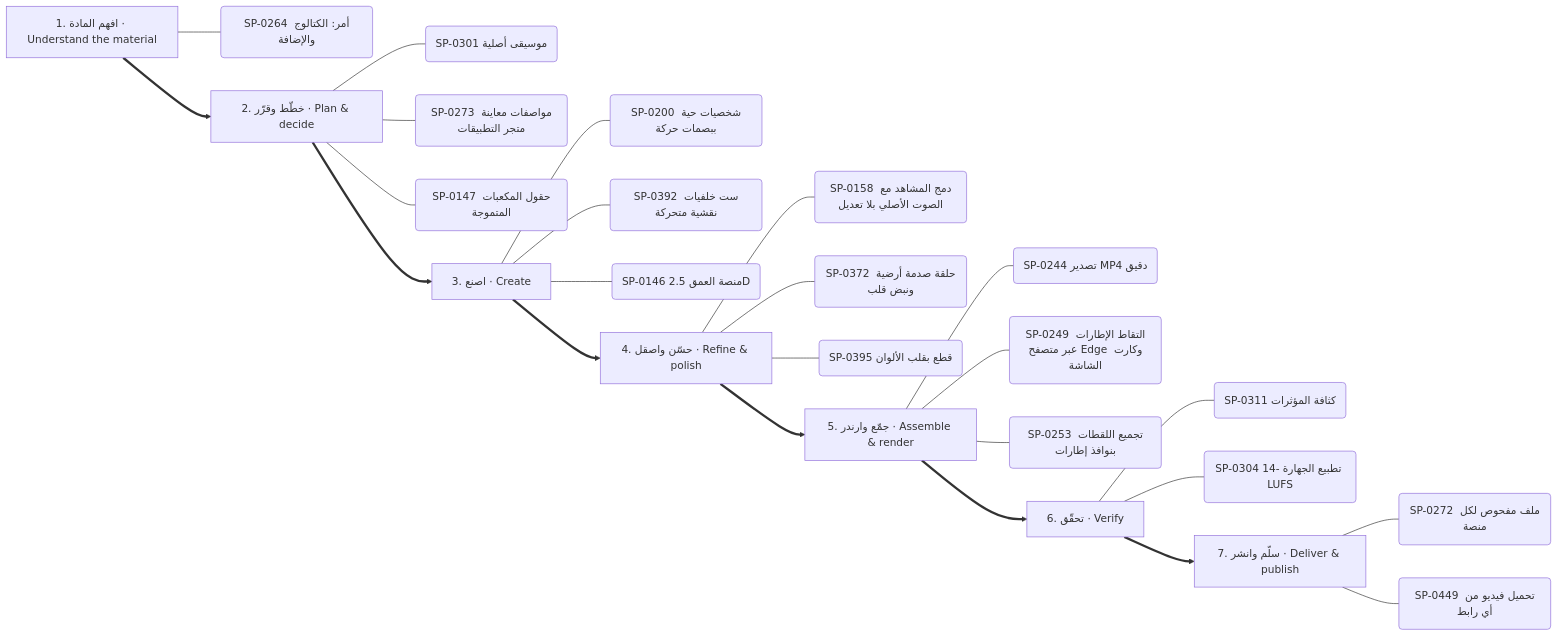
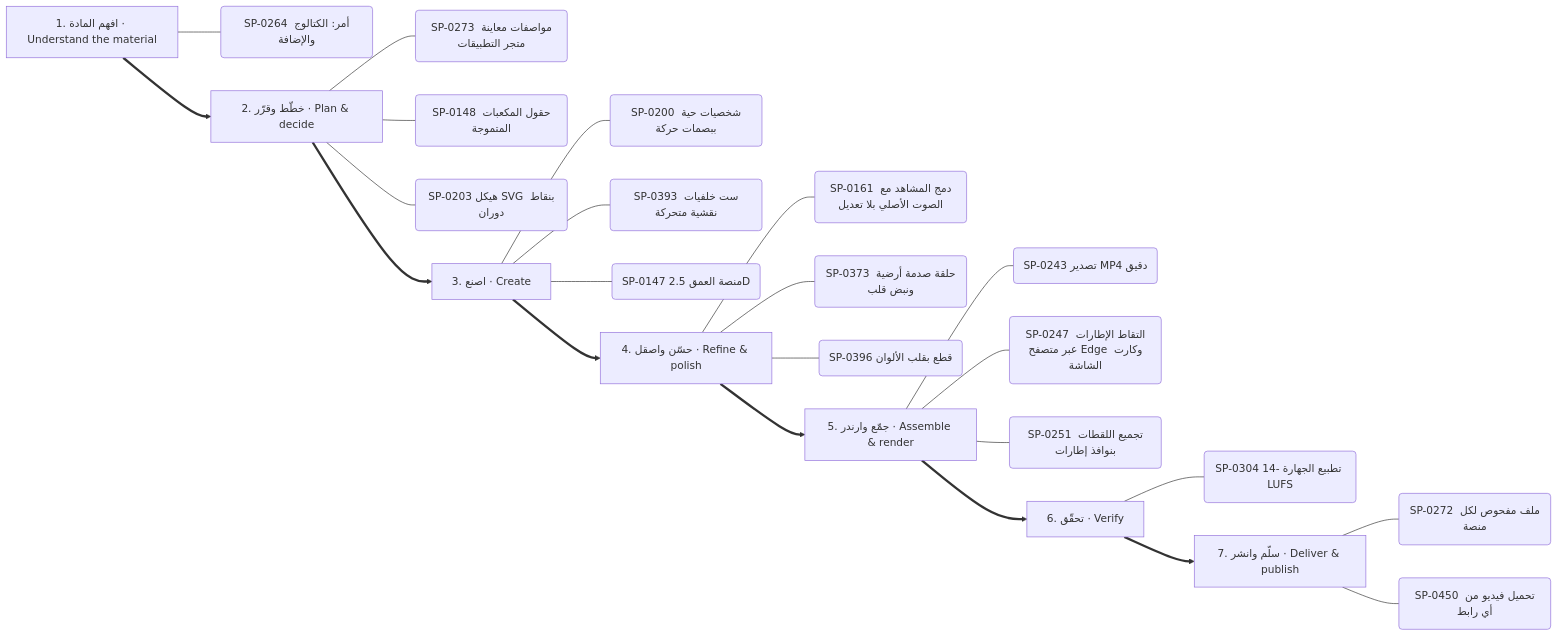
The fourth of 13 diagrams in .claude/skills/kosif-superpowers/references/capability-mindmap.md (kosif199022-jpg/kosif-tool), drawn with Mermaid before and after one commit. The commit also changed other lines of this file and 53 other files, not shown here.

````diff
--- a/.claude/skills/kosif-superpowers/references/capability-mindmap.md
+++ b/.claude/skills/kosif-superpowers/references/capability-mindmap.md
@@ -225,33 +224,32 @@
 ```mermaid
 flowchart LR
   S0["1. افهم المادة · Understand the material"]
   S0 --- S0_0("SP-0264 أمر: الكتالوج والإضافة")
   S1["2. خطّط وقرّر · Plan & decide"]
-  S1 --- S1_0("SP-0301 موسيقى أصلية")
-  S1 --- S1_1("SP-0273 مواصفات معاينة متجر التطبيقات")
-  S1 --- S1_2("SP-0147 حقول المكعبات المتموجة")
+  S1 --- S1_0("SP-0273 مواصفات معاينة متجر التطبيقات")
+  S1 --- S1_1("SP-0148 حقول المكعبات المتموجة")
+  S1 --- S1_2("SP-0203 هيكل SVG بنقاط دوران")
   S0 ==> S1
   S2["3. اصنع · Create"]
   S2 --- S2_0("SP-0200 شخصيات حية ببصمات حركة")
-  S2 --- S2_1("SP-0392 ست خلفيات نقشية متحركة")
-  S2 --- S2_2("SP-0146 منصة العمق 2.5D")
+  S2 --- S2_1("SP-0393 ست خلفيات نقشية متحركة")
+  S2 --- S2_2("SP-0147 منصة العمق 2.5D")
   S1 ==> S2
   S3["4. حسّن واصقل · Refine & polish"]
-  S3 --- S3_0("SP-0158 دمج المشاهد مع الصوت الأصلي بلا تعديل")
-  S3 --- S3_1("SP-0372 حلقة صدمة أرضية ونبض قلب")
-  S3 --- S3_2("SP-0395 قطع بقلب الألوان")
+  S3 --- S3_0("SP-0161 دمج المشاهد مع الصوت الأصلي بلا تعديل")
+  S3 --- S3_1("SP-0373 حلقة صدمة أرضية ونبض قلب")
+  S3 --- S3_2("SP-0396 قطع بقلب الألوان")
   S2 ==> S3
   S4["5. جمّع وارندر · Assemble & render"]
-  S4 --- S4_0("SP-0244 تصدير MP4 دقيق")
-  S4 --- S4_1("SP-0249 التقاط الإطارات عبر متصفح Edge وكارت الشاشة")
-  S4 --- S4_2("SP-0253 تجميع اللقطات بنوافذ إطارات")
+  S4 --- S4_0("SP-0243 تصدير MP4 دقيق")
+  S4 --- S4_1("SP-0247 التقاط الإطارات عبر متصفح Edge وكارت الشاشة")
+  S4 --- S4_2("SP-0251 تجميع اللقطات بنوافذ إطارات")
   S3 ==> S4
   S5["6. تحقّق · Verify"]
-  S5 --- S5_0("SP-0311 كثافة المؤثرات")
-  S5 --- S5_1("SP-0304 تطبيع الجهارة -14 LUFS")
+  S5 --- S5_0("SP-0304 تطبيع الجهارة -14 LUFS")
   S4 ==> S5
   S6["7. سلّم وانشر · Deliver & publish"]
   S6 --- S6_0("SP-0272 ملف مفحوص لكل منصة")
-  S6 --- S6_1("SP-0449 تحميل فيديو من أي رابط")
+  S6 --- S6_1("SP-0450 تحميل فيديو من أي رابط")
   S5 ==> S6
 ```
````
